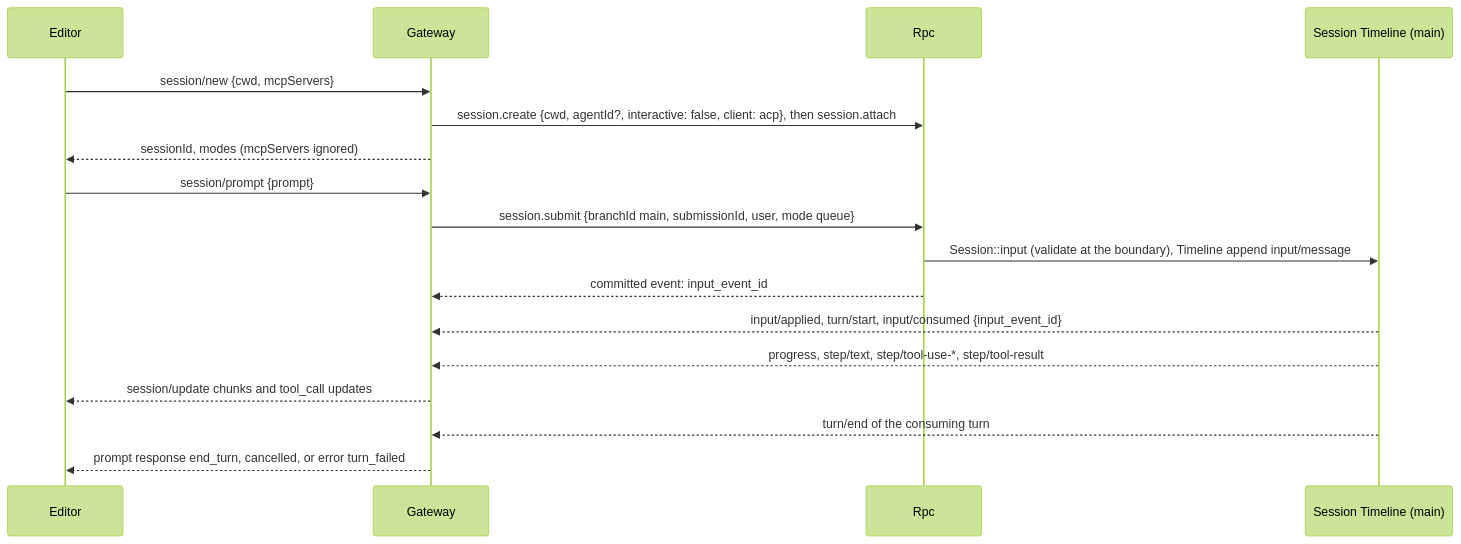
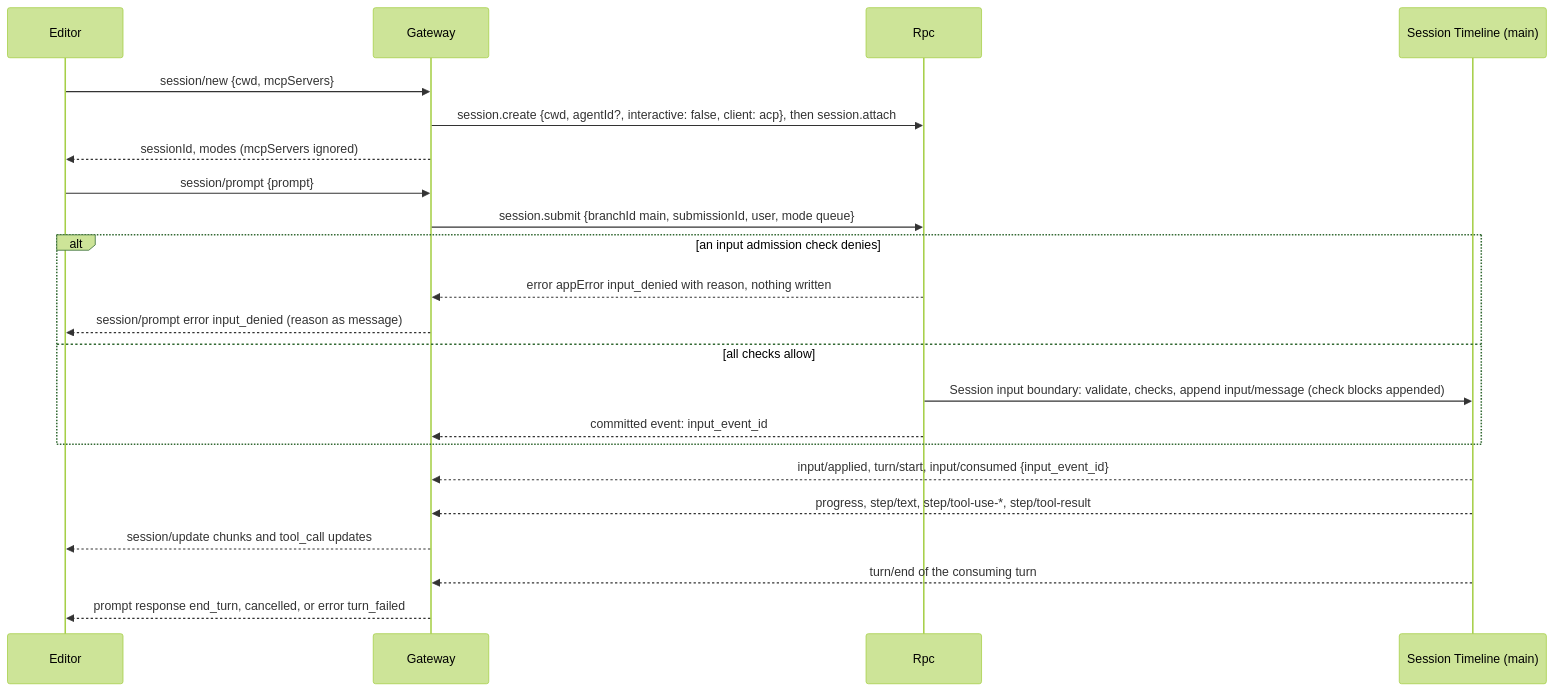
Before and after one commit to CoutinhoTTS/dim-agent: the third of 5 diagrams in docs/design/plugins/AcpGateway.md, drawn with Mermaid (forest theme). The commit also changed other lines of this file and 3 other files, not shown here.

````diff
--- a/docs/design/plugins/AcpGateway.md
+++ b/docs/design/plugins/AcpGateway.md
@@ -63,19 +65,24 @@
 ```mermaid
 sequenceDiagram
   participant E as Editor
   participant G as Gateway
   participant R as Rpc
   participant TL as Session Timeline (main)
   E->>G: session/new {cwd, mcpServers}
   G->>R: session.create {cwd, agentId?, interactive: false, client: acp}, then session.attach
   G-->>E: sessionId, modes (mcpServers ignored)
   E->>G: session/prompt {prompt}
   G->>R: session.submit {branchId main, submissionId, user, mode queue}
-  R->>TL: Session::input (validate at the boundary), Timeline append input/message
-  R-->>G: committed event: input_event_id
+  alt an input admission check denies
+    R-->>G: error appError input_denied with reason, nothing written
+    G-->>E: session/prompt error input_denied (reason as message)
+  else all checks allow
+    R->>TL: Session input boundary: validate, checks, append input/message (check blocks appended)
+    R-->>G: committed event: input_event_id
+  end
   TL-->>G: input/applied, turn/start, input/consumed {input_event_id}
   TL-->>G: progress, step/text, step/tool-use-*, step/tool-result
   G-->>E: session/update chunks and tool_call updates
   TL-->>G: turn/end of the consuming turn
   G-->>E: prompt response end_turn, cancelled, or error turn_failed
 ```
````
